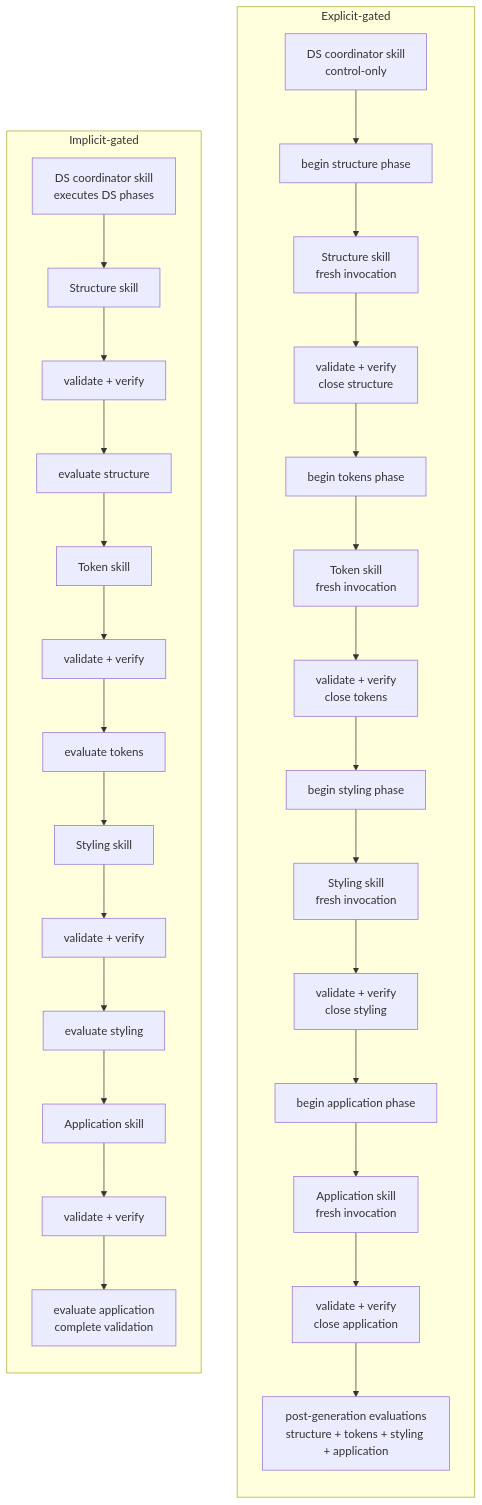
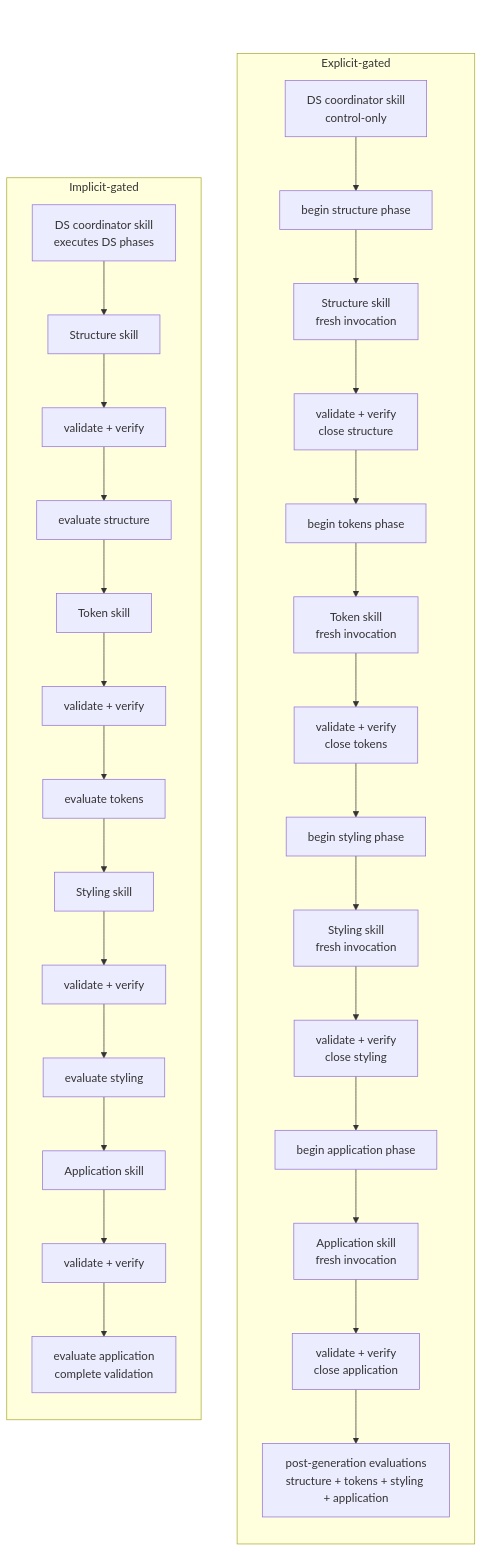
The second of 3 diagrams in specs/case-studies/generative-software-development/index.md (openuji/spec-ujg), drawn with Mermaid before and after one commit. The commit also changed other lines of this file and 3 other files, not shown here.

````diff
--- a/specs/case-studies/generative-software-development/index.md
+++ b/specs/case-studies/generative-software-development/index.md
@@ -175,42 +173,47 @@
 ```mermaid
 flowchart TB
     subgraph E["Explicit-gated"]
       direction TB
       EC["DS coordinator skill<br/>control-only"] --> EB1["begin structure phase"]
       EB1 --> ES["Structure skill<br/>fresh invocation"]
       ES --> EG1["validate + verify<br/>close structure"]
 
       EG1 --> EB2["begin tokens phase"]
       EB2 --> ET["Token skill<br/>fresh invocation"]
       ET --> EG2["validate + verify<br/>close tokens"]
 
       EG2 --> EB3["begin styling phase"]
       EB3 --> EST["Styling skill<br/>fresh invocation"]
       EST --> EG3["validate + verify<br/>close styling"]
 
       EG3 --> EB4["begin application phase"]
       EB4 --> EA["Application skill<br/>fresh invocation"]
       EA --> EG4["validate + verify<br/>close application"]
 
       EG4 --> EE["post-generation evaluations<br/>structure + tokens + styling + application"]
     end
 
     subgraph I["Implicit-gated"]
       direction TB
       IC["DS coordinator skill<br/>executes DS phases"] --> IS["Structure skill"]
       IS --> IG1["validate + verify"]
       IG1 --> IE1["evaluate structure"]
 
       IE1 --> IT["Token skill"]
       IT --> IG2["validate + verify"]
       IG2 --> IE2["evaluate tokens"]
 
       IE2 --> IST["Styling skill"]
       IST --> IG3["validate + verify"]
       IG3 --> IE3["evaluate styling"]
 
       IE3 --> IA["Application skill"]
       IA --> IG4["validate + verify"]
       IG4 --> IE4["evaluate application<br/>complete validation"]
     end
+
+    top(( )):::anchor
+    top ~~~ EC
+    top ~~~ IC
+    classDef anchor width:0px,height:0px,fill:none,stroke:none
 ```
````
